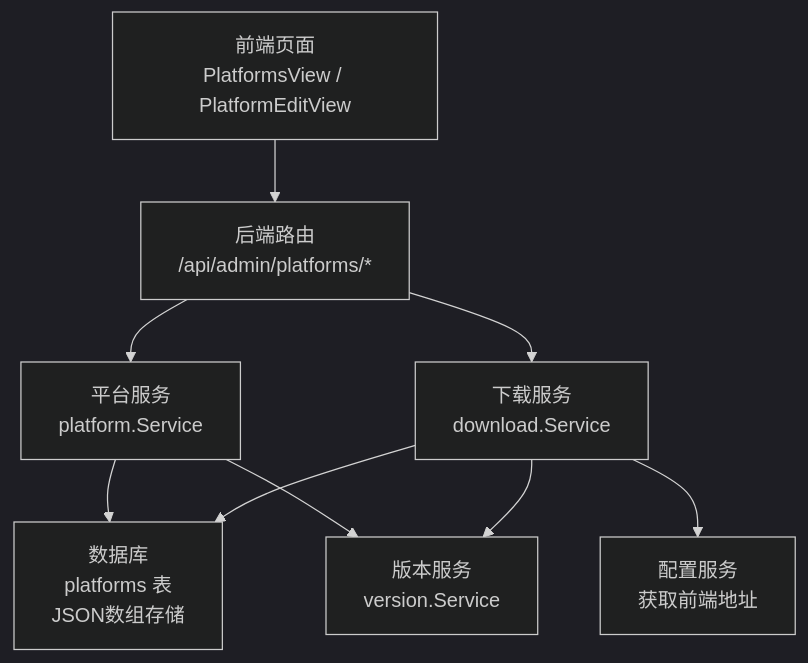
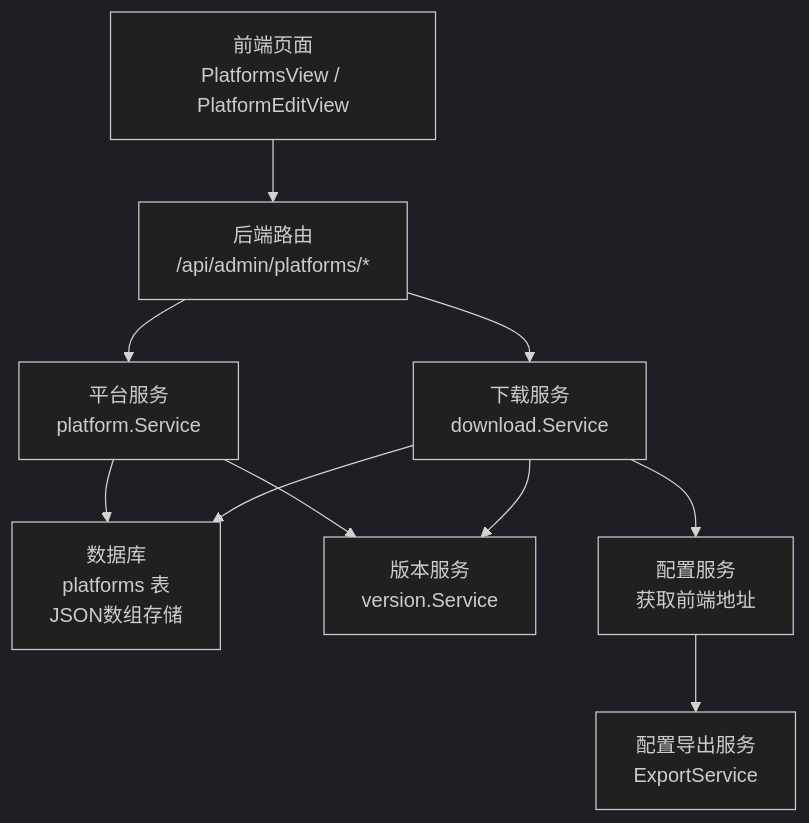
Before and after one commit to AlcaProphet/VPN-Subscription-Management: the first of 7 diagrams in .qoder/repowiki/zh/content/核心功能模块/平台管理.md, drawn with Mermaid (dark theme). The commit also changed other lines of this file and 8 other files, not shown here.

````diff
--- a/.qoder/repowiki/zh/content/核心功能模块/平台管理.md
+++ b/.qoder/repowiki/zh/content/核心功能模块/平台管理.md
@@ -55,11 +59,12 @@
 ```mermaid
 graph TB
 FE["前端页面<br/>PlatformsView / PlatformEditView"] --> API["后端路由<br/>/api/admin/platforms/*"]
 API --> Svc["平台服务<br/>platform.Service"]
 Svc --> DB["数据库<br/>platforms 表<br/>JSON数组存储"]
 Svc --> Ver["版本服务<br/>version.Service"]
 API --> DL["下载服务<br/>download.Service"]
 DL --> Ver
 DL --> CFG["配置服务<br/>获取前端地址"]
 DL --> DB
+CFG --> EXP["配置导出服务<br/>ExportService"]
 ```
````
